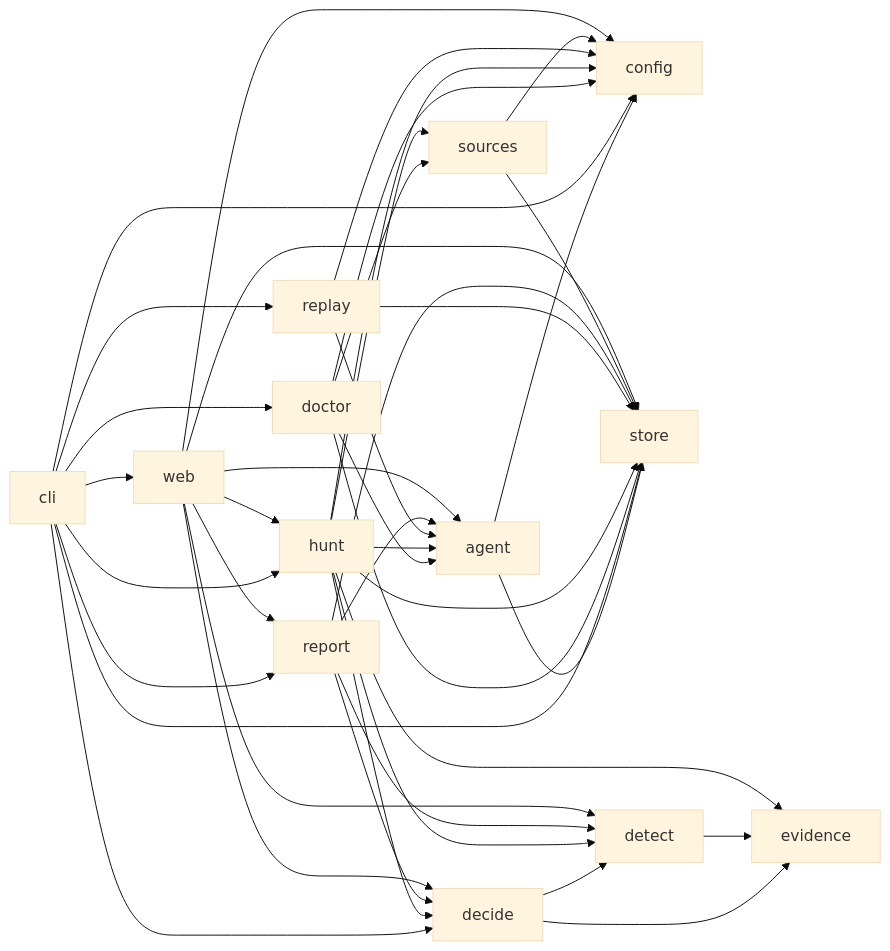
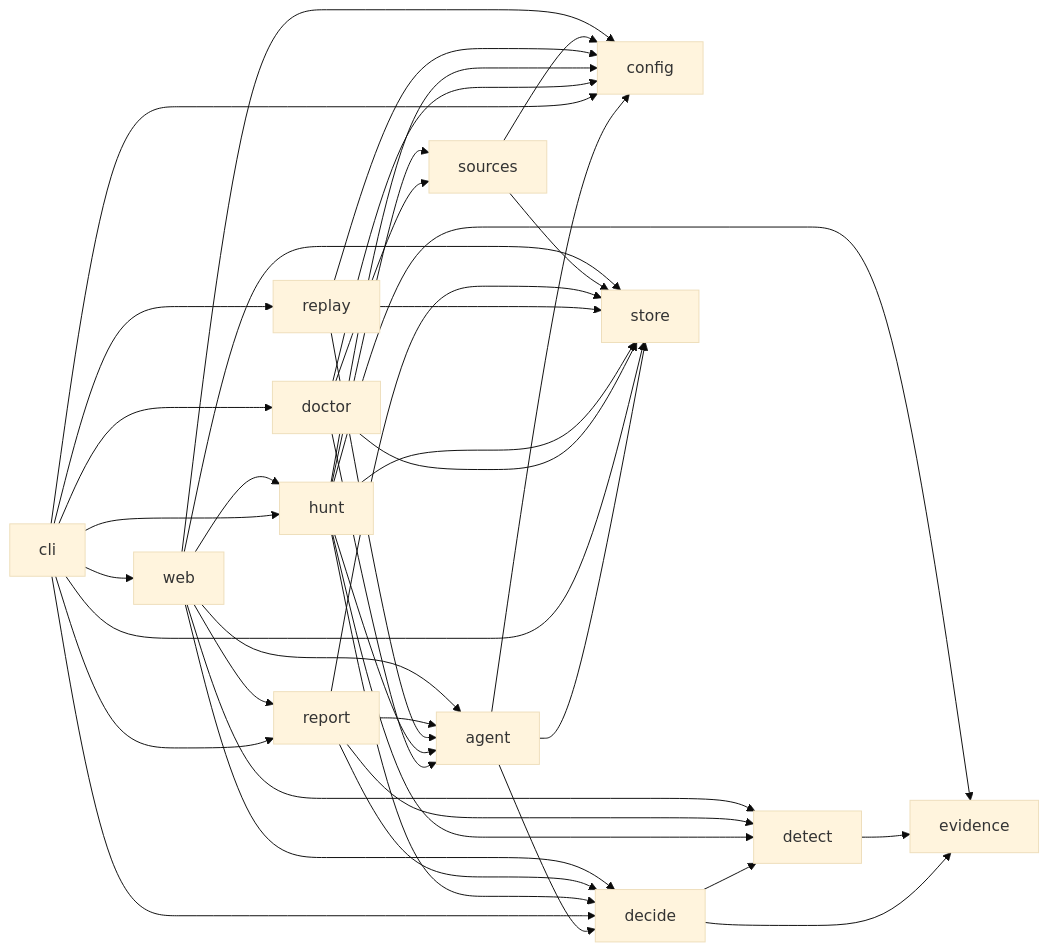
Before and after one commit to nickthabib-cloud/ROMULUS: the diagram in docs/architecture/MODULE_MAP.md, drawn with Mermaid (base theme). The commit also changed other lines of this file and 5 other files, not shown here.

````diff
--- a/docs/architecture/MODULE_MAP.md
+++ b/docs/architecture/MODULE_MAP.md
@@ -98,43 +100,44 @@
 ```mermaid
 graph LR
   agent --> config
+  agent --> decide
   agent --> store
   cli --> config
   cli --> decide
   cli --> doctor
   cli --> hunt
   cli --> replay
   cli --> report
   cli --> store
   cli --> web
   decide --> detect
   decide --> evidence
   detect --> evidence
   doctor --> agent
   doctor --> config
   doctor --> sources
   doctor --> store
   hunt --> agent
   hunt --> config
   hunt --> decide
   hunt --> detect
   hunt --> evidence
   hunt --> sources
   hunt --> store
   replay --> agent
   replay --> config
   replay --> store
   report --> agent
   report --> decide
   report --> detect
   report --> store
   sources --> config
   sources --> store
   web --> agent
   web --> config
   web --> decide
   web --> detect
   web --> hunt
   web --> report
   web --> store
 ```
````
